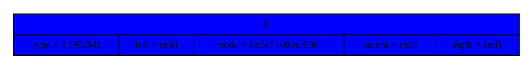
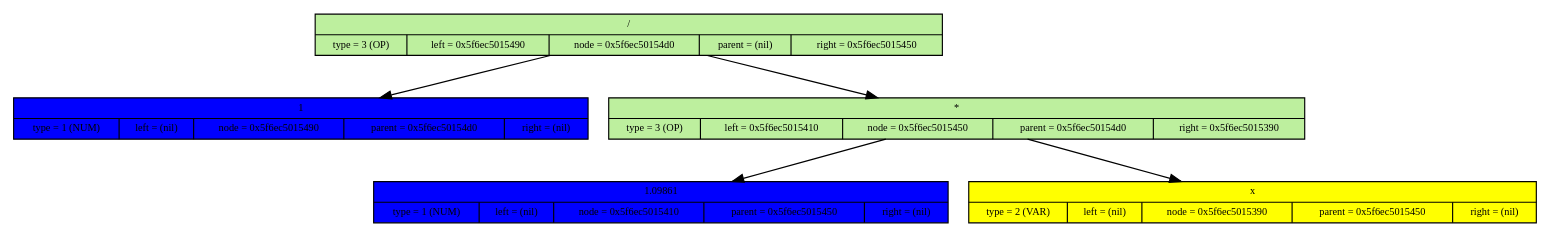
One commit to Alexandr26Starostin/differentiator changed the diagram in diff.dot. Above: the diagram before and after it, drawn with Graphviz. The commit also changed 10 other files, not shown here.

```diff
--- a/diff.dot
+++ b/diff.dot
@@ -1,7 +1,27 @@
 digraph
 {
 	node[fontsize=9]
 
-	node_0x5c7108bcf560 [shape=record, label = "{0| {type = 1 (NUM) | left = (nil) | node = 0x5c7108bcf560 | parent = (nil) | right = (nil)}}" style="filled",fillcolor="blue"]
+	node_0x5f6ec50154d0 [shape=record, label = "{/| {type = 3 (OP) | left = 0x5f6ec5015490 | node = 0x5f6ec50154d0 | parent = (nil) | right = 0x5f6ec5015450}}" style="filled",fillcolor="#BDEF9E"]
+
+	node_0x5f6ec5015490 [shape=record, label = "{1| {type = 1 (NUM) | left = (nil) | node = 0x5f6ec5015490 | parent = 0x5f6ec50154d0 | right = (nil)}}" style="filled",fillcolor="blue"]
+
+	edge[color="black",fontsize=12]
+	node_0x5f6ec50154d0 -> node_0x5f6ec5015490
+
+	node_0x5f6ec5015450 [shape=record, label = "{*| {type = 3 (OP) | left = 0x5f6ec5015410 | node = 0x5f6ec5015450 | parent = 0x5f6ec50154d0 | right = 0x5f6ec5015390}}" style="filled",fillcolor="#BDEF9E"]
+
+	edge[color="black",fontsize=12]
+	node_0x5f6ec50154d0 -> node_0x5f6ec5015450
+
+	node_0x5f6ec5015410 [shape=record, label = "{1.09861| {type = 1 (NUM) | left = (nil) | node = 0x5f6ec5015410 | parent = 0x5f6ec5015450 | right = (nil)}}" style="filled",fillcolor="blue"]
+
+	edge[color="black",fontsize=12]
+	node_0x5f6ec5015450 -> node_0x5f6ec5015410
+
+	node_0x5f6ec5015390 [shape=record, label = "{x| {type = 2 (VAR) | left = (nil) | node = 0x5f6ec5015390 | parent = 0x5f6ec5015450 | right = (nil)}}" style="filled",fillcolor="yellow"]
+
+	edge[color="black",fontsize=12]
+	node_0x5f6ec5015450 -> node_0x5f6ec5015390
 
 	}
```
